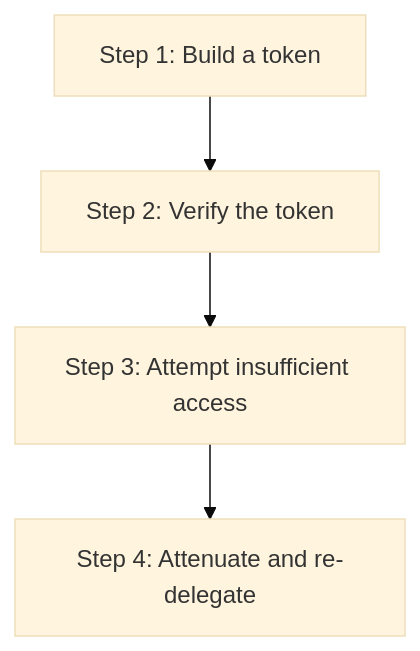
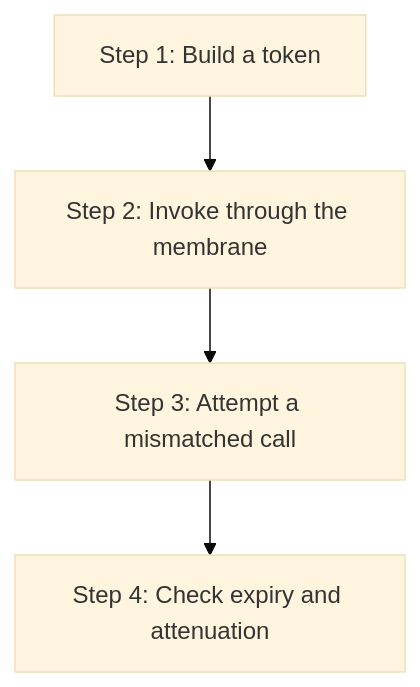
Before and after one commit to mdz-axo/zed-kask: the diagram in kask/docs/diataxis/hkask-capability/tutorial.md, drawn with Mermaid (base theme). The commit also changed other lines of this file and 9 other files, not shown here.

````diff
--- a/kask/docs/diataxis/hkask-capability/tutorial.md
+++ b/kask/docs/diataxis/hkask-capability/tutorial.md
@@ -20,6 +20,6 @@
 ```mermaid
 flowchart TD
-    A[Step 1: Build a token] --> B[Step 2: Verify the token]
-    B --> C[Step 3: Attempt insufficient access]
-    C --> D[Step 4: Attenuate and re-delegate]
+    A[Step 1: Build a token] --> B[Step 2: Invoke through the membrane]
+    B --> C[Step 3: Attempt a mismatched call]
+    C --> D[Step 4: Check expiry and attenuation]
 ```
````
